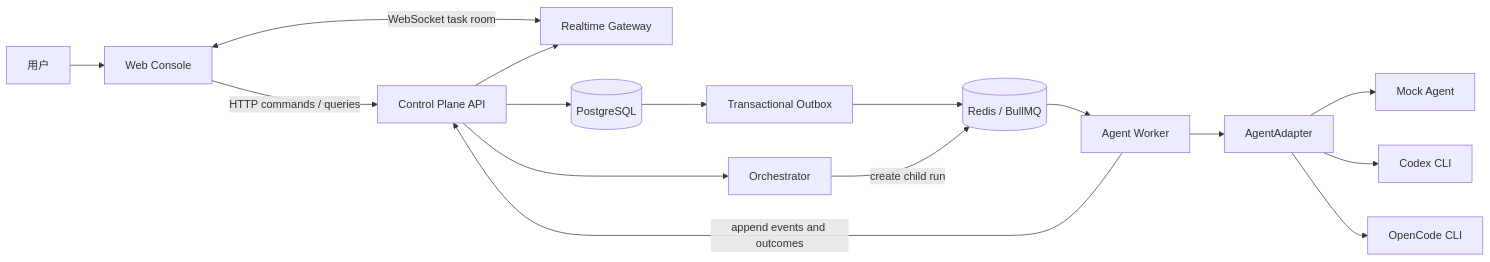
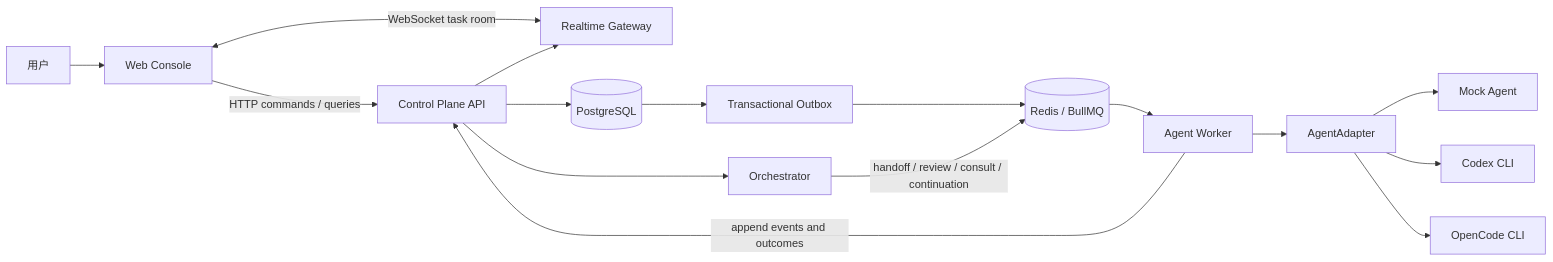
Before and after one commit to zishuo-xu/relay-hub: the first of 2 diagrams in docs/03-architecture.md, drawn with Mermaid. The commit also changed other lines of this file and 26 other files, not shown here.

````diff
--- a/docs/03-architecture.md
+++ b/docs/03-architecture.md
@@ -58,21 +58,21 @@
 ```mermaid
 flowchart LR
     U["用户"] --> W["Web Console"]
     W -->|"HTTP commands / queries"| API["Control Plane API"]
     W <-->|"WebSocket task room"| RT["Realtime Gateway"]
 
     API --> DB[("PostgreSQL")]
     DB --> OB["Transactional Outbox"]
     OB --> Q[("Redis / BullMQ")]
     API --> RT
 
     Q --> WK["Agent Worker"]
     WK --> A["AgentAdapter"]
     A --> M["Mock Agent"]
     A --> C["Codex CLI"]
     A --> OC["OpenCode CLI"]
     WK -->|"append events and outcomes"| API
 
     API --> O["Orchestrator"]
-    O -->|"create child run"| Q
+    O -->|"handoff / review / consult / continuation"| Q
 ```
````
